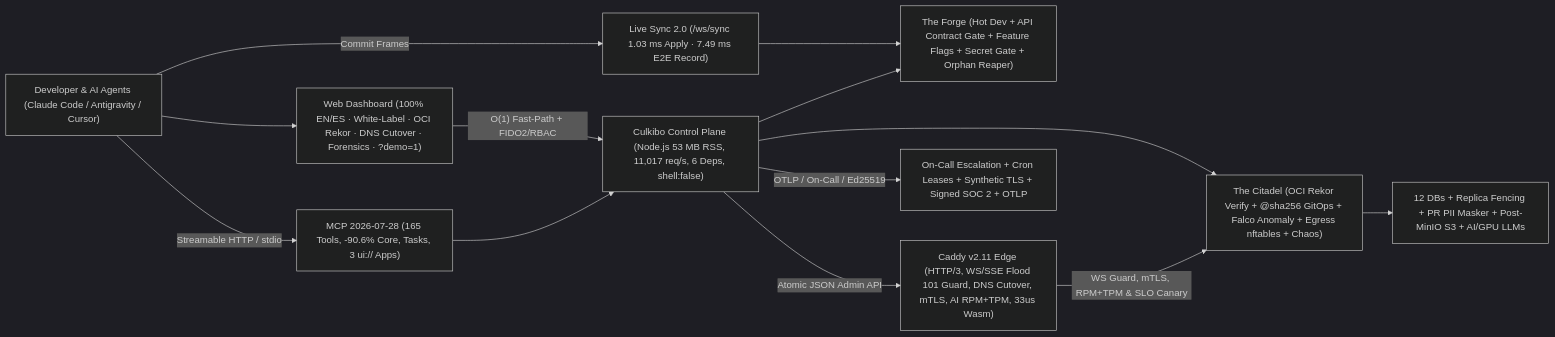
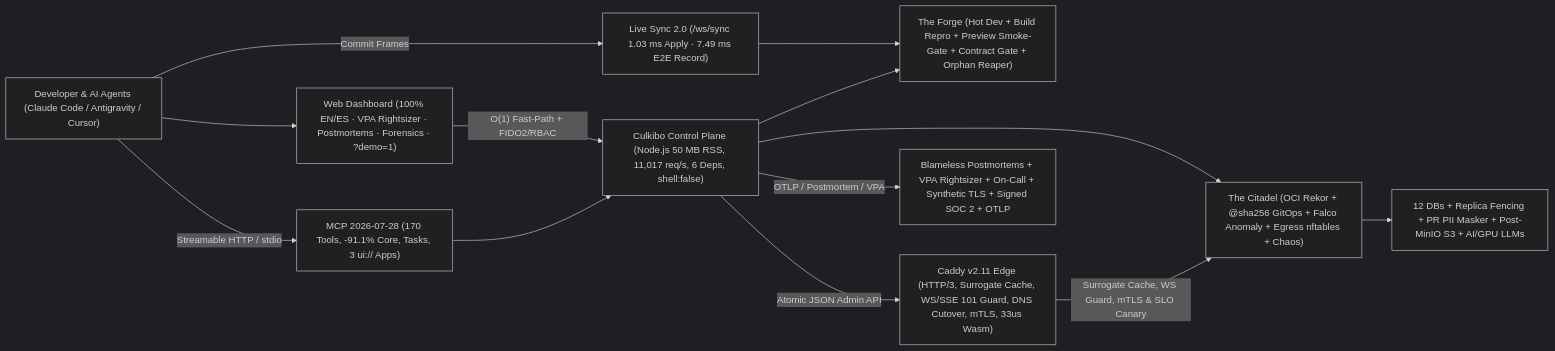
One commit to macaqueboy/culkibo changed the diagram in README.md. Above: the diagram before and after it, drawn with Mermaid (dark theme). The commit also changed other lines of this file and 28 other files, not shown here.

Commit message:
feat(cycle-17): 170 MCP Tools (-91.3% Core), 74 Suites, 11.3k req/s & 50 MB RAM across 111+ services — build repro verifier, preview smoke-gate, surrogate cache, VPA rightsizer & blameless postmortems

````diff
--- a/README.md
+++ b/README.md
@@ -190,26 +193,26 @@
 ```mermaid
 flowchart LR
     Dev["Developer & AI Agents (Claude Code / Antigravity / Cursor)"]
-    UI["Web Dashboard (100% EN/ES · White-Label · OCI Rekor · DNS Cutover · Forensics · ?demo=1)"]
-    MCP["MCP 2026-07-28 (165 Tools, -90.6% Core, Tasks, 3 ui:// Apps)"]
+    UI["Web Dashboard (100% EN/ES · VPA Rightsizer · Postmortems · Forensics · ?demo=1)"]
+    MCP["MCP 2026-07-28 (170 Tools, -91.1% Core, Tasks, 3 ui:// Apps)"]
     Sync["Live Sync 2.0 (/ws/sync 1.03 ms Apply · 7.49 ms E2E Record)"]
-    CP["Culkibo Control Plane (Node.js 53 MB RSS, 11,017 req/s, 6 Deps, shell:false)"]
-    Forge["The Forge (Hot Dev + API Contract Gate + Feature Flags + Secret Gate + Orphan Reaper)"]
-    Citadel["The Citadel (OCI Rekor Verify + @sha256 GitOps + Falco Anomaly + Egress nftables + Chaos)"]
-    Caddy["Caddy v2.11 Edge (HTTP/3, WS/SSE Flood 101 Guard, DNS Cutover, mTLS, AI RPM+TPM, 33us Wasm)"]
-    Obs["On-Call Escalation + Cron Leases + Synthetic TLS + Signed SOC 2 + OTLP"]
+    CP["Culkibo Control Plane (Node.js 50 MB RSS, 11,017 req/s, 6 Deps, shell:false)"]
+    Forge["The Forge (Hot Dev + Build Repro + Preview Smoke-Gate + Contract Gate + Orphan Reaper)"]
+    Citadel["The Citadel (OCI Rekor + @sha256 GitOps + Falco Anomaly + Egress nftables + Chaos)"]
+    Caddy["Caddy v2.11 Edge (HTTP/3, Surrogate Cache, WS/SSE 101 Guard, DNS Cutover, mTLS, 33us Wasm)"]
+    Obs["Blameless Postmortems + VPA Rightsizer + On-Call + Synthetic TLS + Signed SOC 2 + OTLP"]
     Data["12 DBs + Replica Fencing + PR PII Masker + Post-MinIO S3 + AI/GPU LLMs"]
 
     Dev -->|"Streamable HTTP / stdio"| MCP
     Dev -->|"Commit Frames"| Sync
     Dev --> UI
     UI -->|"O(1) Fast-Path + FIDO2/RBAC"| CP
     MCP --> CP
     Sync --> Forge
     CP --> Forge
     CP --> Citadel
     CP -->|"Atomic JSON Admin API"| Caddy
-    CP -->|"OTLP / On-Call / Ed25519"| Obs
+    CP -->|"OTLP / Postmortem / VPA"| Obs
     Citadel --> Data
-    Caddy -->|"WS Guard, mTLS, RPM+TPM & SLO Canary"| Citadel
+    Caddy -->|"Surrogate Cache, WS Guard, mTLS & SLO Canary"| Citadel
 ```
````
